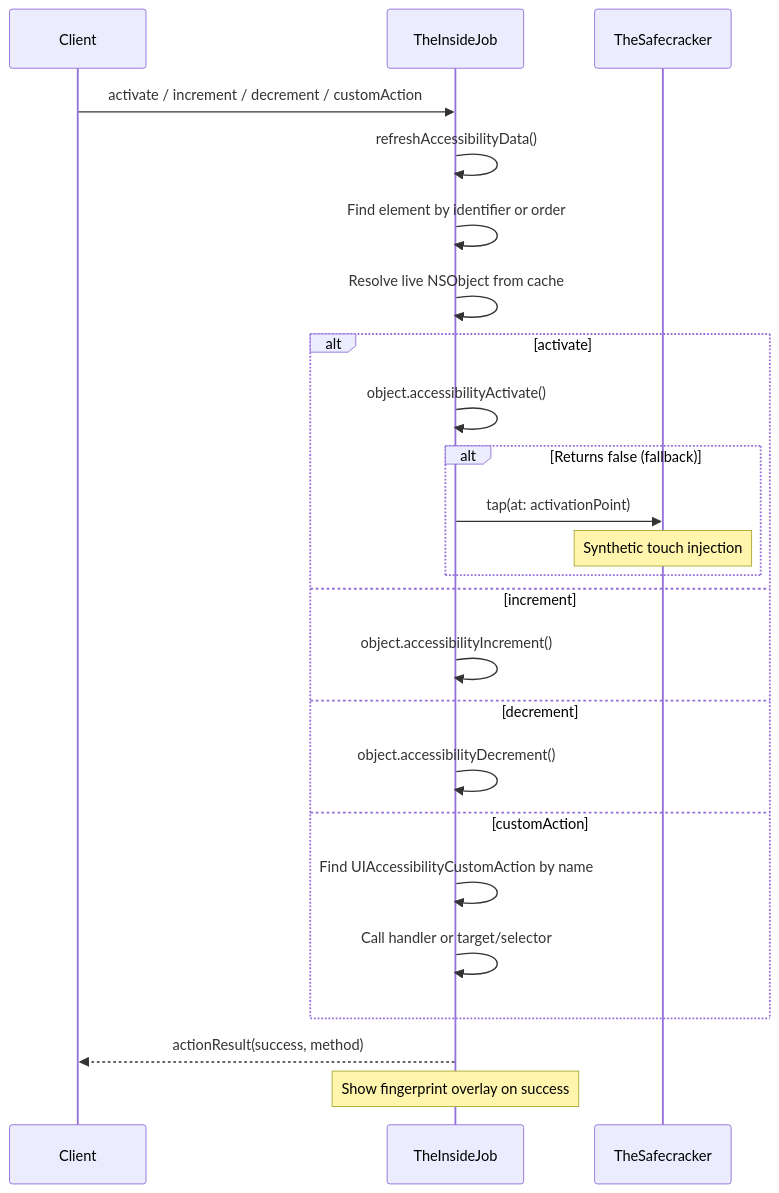
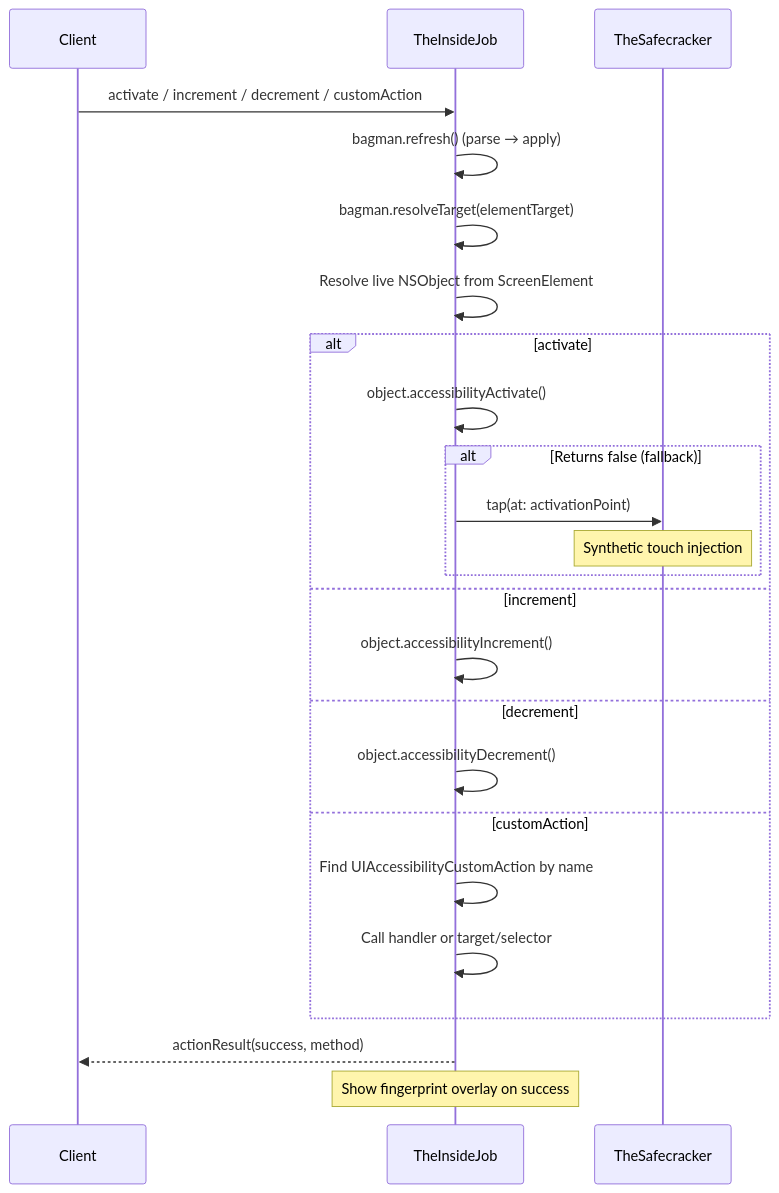
One commit to RoyalPineapple/TheButtonHeist changed the ninth of 10 diagrams in docs/ARCHITECTURE.md. Above: the diagram before and after it, drawn with Mermaid. The commit also changed other lines of this file and 18 other files, not shown here.

First line of the commit message:
Fix full scan cache bug + redesign TheBagman architecture (#197)

````diff
--- a/docs/ARCHITECTURE.md
+++ b/docs/ARCHITECTURE.md
@@ -570,29 +572,29 @@
 ```mermaid
 sequenceDiagram
     participant Client
     participant IJ as TheInsideJob
     participant TSC as TheSafecracker
 
     Client->>IJ: activate / increment / decrement / customAction
-    IJ->>IJ: refreshAccessibilityData()
-    IJ->>IJ: Find element by identifier or order
-    IJ->>IJ: Resolve live NSObject from cache
+    IJ->>IJ: bagman.refresh() (parse → apply)
+    IJ->>IJ: bagman.resolveTarget(elementTarget)
+    IJ->>IJ: Resolve live NSObject from ScreenElement
 
     alt activate
         IJ->>IJ: object.accessibilityActivate()
         alt Returns false (fallback)
             IJ->>TSC: tap(at: activationPoint)
             Note over TSC: Synthetic touch injection
         end
     else increment
         IJ->>IJ: object.accessibilityIncrement()
     else decrement
         IJ->>IJ: object.accessibilityDecrement()
     else customAction
         IJ->>IJ: Find UIAccessibilityCustomAction by name
         IJ->>IJ: Call handler or target/selector
     end
 
     IJ-->>Client: actionResult(success, method)
     Note over IJ: Show fingerprint overlay on success
 ```
````
